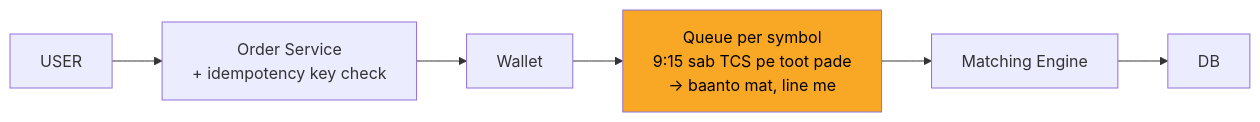
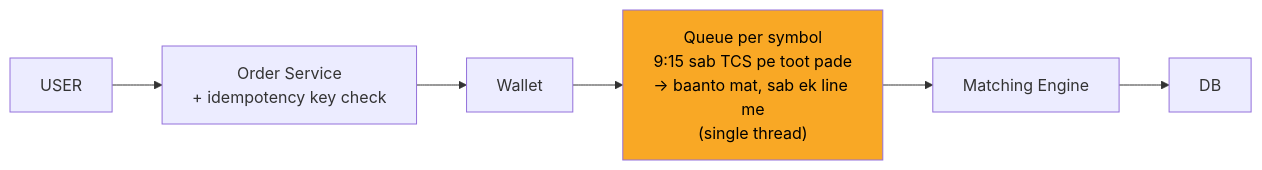
One commit to ArpanMaheshwari144/Prep changed the fifth of 10 diagrams in 04_HLD/SYSTEM_DESIGNS/05_stock_broker_trading/05_stock_broker_trading.md. Above: the diagram before and after it, drawn with Mermaid. The commit also changed other lines of this file and 13 other files, not shown here.

````diff
--- a/04_HLD/SYSTEM_DESIGNS/05_stock_broker_trading/05_stock_broker_trading.md
+++ b/04_HLD/SYSTEM_DESIGNS/05_stock_broker_trading/05_stock_broker_trading.md
@@ -190,15 +190,15 @@
 ```mermaid
 flowchart LR
     n_USER["USER"]
     n_Order_Service["Order Service<br/>+ idempotency key check"]
     n_Wallet["Wallet"]
-    n_Queue_per_symbol["Queue per symbol<br/>9:15 sab TCS pe toot pade<br/>-> baanto mat, line me"]
+    n_Queue_per_symbol["Queue per symbol<br/>9:15 sab TCS pe toot pade<br/>-> baanto mat, sab ek line me<br/>(single thread)"]
     n_Matching_Engine["Matching Engine"]
     n_DB["DB"]
     n_USER --> n_Order_Service
     n_Order_Service --> n_Wallet
     n_Wallet --> n_Queue_per_symbol
     n_Queue_per_symbol --> n_Matching_Engine
     n_Matching_Engine --> n_DB
     style n_Queue_per_symbol fill:#f9a825,color:#000
 ```
````
